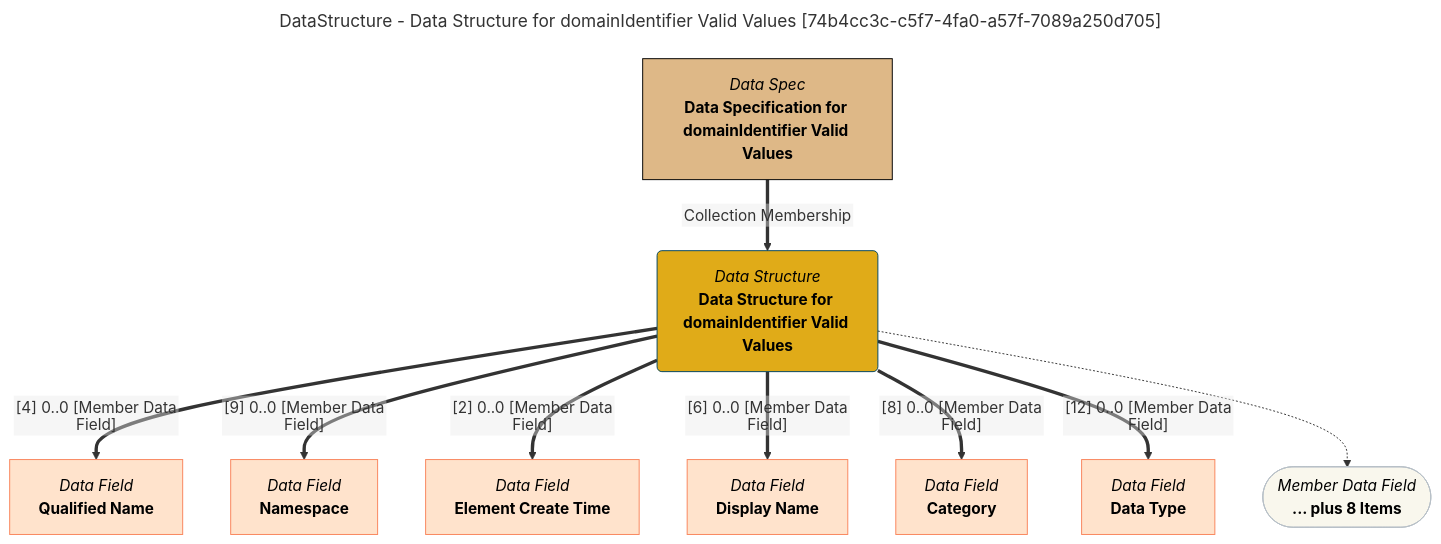
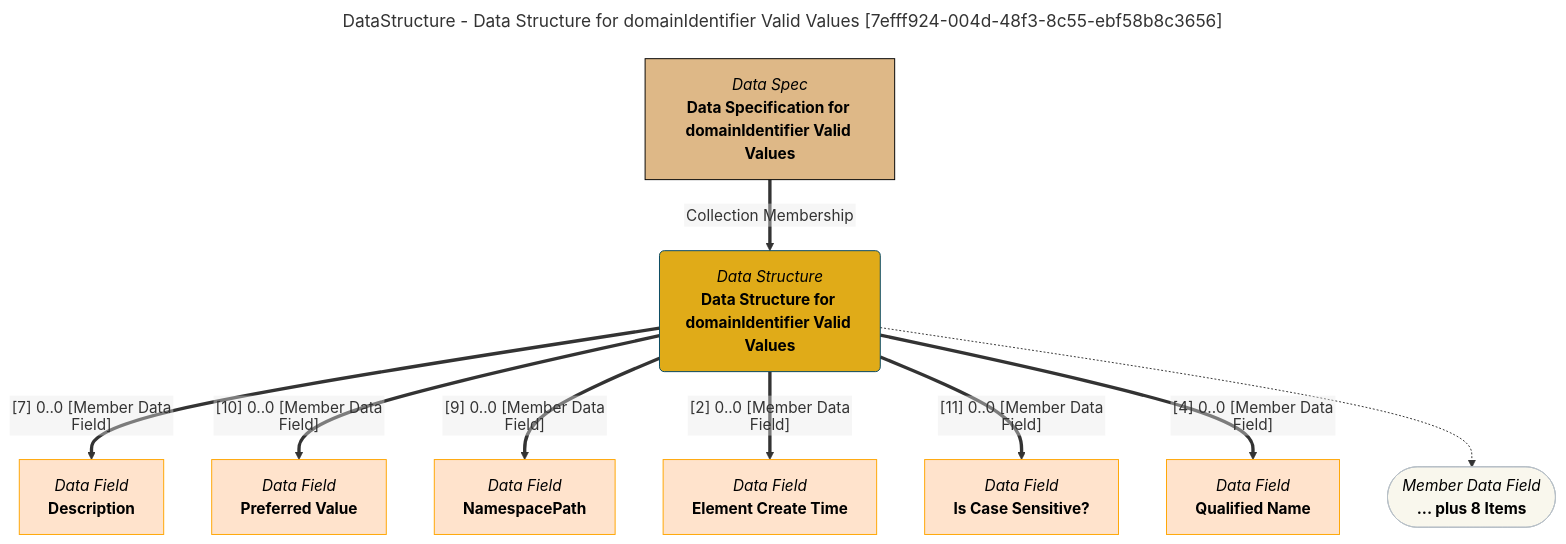
One commit to odpi/egeria-docs changed the diagram in site/snippets/data-structures/data-structure-for-domainidentifier-valid-values-mermaid-graph.md. Above: the diagram before and after it, drawn with Mermaid. The commit also changed 2201 other files, not shown here.

````diff
--- a/site/snippets/data-structures/data-structure-for-domainidentifier-valid-values-mermaid-graph.md
+++ b/site/snippets/data-structures/data-structure-for-domainidentifier-valid-values-mermaid-graph.md
@@ -1,43 +1,43 @@
 ```mermaid
 ---
-title: DataStructure - Data Structure for domainIdentifier Valid Values [74b4cc3c-c5f7-4fa0-a57f-7089a250d705]
+title: DataStructure - Data Structure for domainIdentifier Valid Values [7efff924-004d-48f3-8c55-ebf58b8c3656]
 ---
 flowchart TD
 %%{init: {"flowchart": {"htmlLabels": false}} }%%
 
 1@{ shape: rounded, label: "*Data Structure*
 **Data Structure for domainIdentifier Valid Values**"}
 2@{ shape: rect, label: "*Data Spec*
 **Data Specification for domainIdentifier Valid Values**"}
 2==>|"Collection Membership"|1
 3@{ shape: rect, label: "*Data Field*
+**Description**"}
+1==>|"[7] 0..0 [Member Data Field]"|3
+4@{ shape: rect, label: "*Data Field*
+**Preferred Value**"}
+1==>|"[10] 0..0 [Member Data Field]"|4
+5@{ shape: rect, label: "*Data Field*
+**NamespacePath**"}
+1==>|"[9] 0..0 [Member Data Field]"|5
+6@{ shape: rect, label: "*Data Field*
+**Element Create Time**"}
+1==>|"[2] 0..0 [Member Data Field]"|6
+7@{ shape: rect, label: "*Data Field*
+**Is Case Sensitive?**"}
+1==>|"[11] 0..0 [Member Data Field]"|7
+8@{ shape: rect, label: "*Data Field*
 **Qualified Name**"}
-1==>|"[4] 0..0 [Member Data Field]"|3
-4@{ shape: rect, label: "*Data Field*
-**Namespace**"}
-1==>|"[9] 0..0 [Member Data Field]"|4
-5@{ shape: rect, label: "*Data Field*
-**Element Create Time**"}
-1==>|"[2] 0..0 [Member Data Field]"|5
-6@{ shape: rect, label: "*Data Field*
-**Display Name**"}
-1==>|"[6] 0..0 [Member Data Field]"|6
-7@{ shape: rect, label: "*Data Field*
-**Category**"}
-1==>|"[8] 0..0 [Member Data Field]"|7
-8@{ shape: rect, label: "*Data Field*
-**Data Type**"}
-1==>|"[12] 0..0 [Member Data Field]"|8
+1==>|"[4] 0..0 [Member Data Field]"|8
 9@{ shape: stadium, label: "*Member Data Field*
 **... plus 8 Items**"}
 1-.->9
 style 1 color:#000000, fill:#e0ab18, stroke:#004563
-style 2 color:#000000, fill:#deb887, stroke:#000000
-style 3 color:#000000, fill:#ffe3cc, stroke:#f9845b
-style 4 color:#000000, fill:#ffe3cc, stroke:#f9845b
-style 5 color:#000000, fill:#ffe3cc, stroke:#f9845b
-style 6 color:#000000, fill:#ffe3cc, stroke:#f9845b
-style 7 color:#000000, fill:#ffe3cc, stroke:#f9845b
-style 8 color:#000000, fill:#ffe3cc, stroke:#f9845b
+style 2 color:#000000, fill:#DEB887, stroke:#000000
+style 3 color:#000000, fill:#ffe3cc, stroke:#FFA500
+style 4 color:#000000, fill:#ffe3cc, stroke:#FFA500
+style 5 color:#000000, fill:#ffe3cc, stroke:#FFA500
+style 6 color:#000000, fill:#ffe3cc, stroke:#FFA500
+style 7 color:#000000, fill:#ffe3cc, stroke:#FFA500
+style 8 color:#000000, fill:#ffe3cc, stroke:#FFA500
 style 9 color:#000000, fill:#F9F7ED, stroke:#b7c0c7
 ```
````
